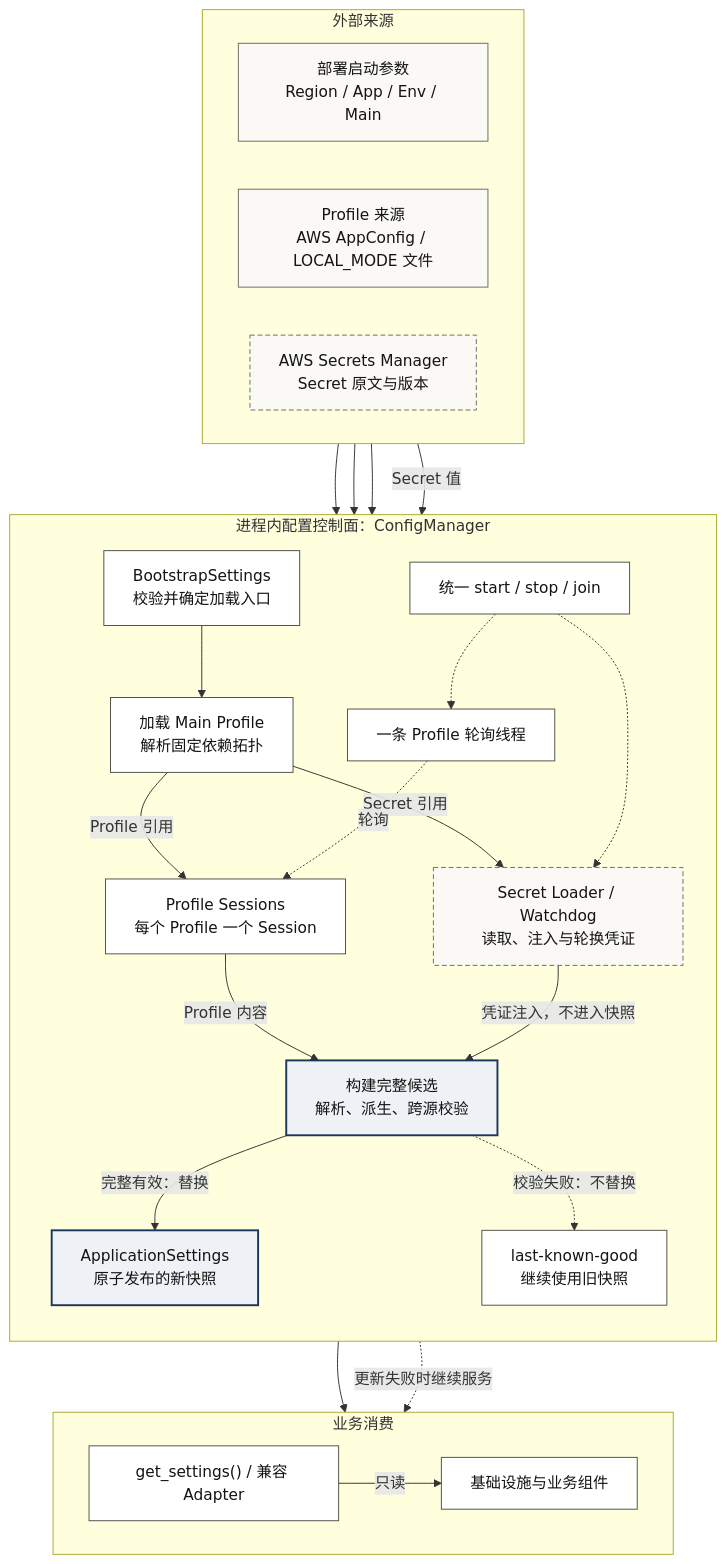
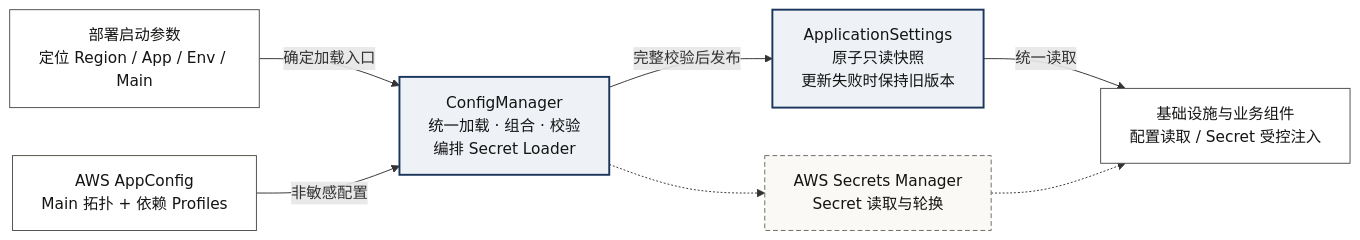
One commit to pillarliang/study-notes changed the diagram in SE/技术架构/AWS AppConfig 多 Profile 统一配置加载架构.md. Above: the diagram before and after it, drawn with Mermaid. The commit also changed other lines of this file, not shown here.

First line of the commit message:
Refactor AWS AppConfig documentation and update flowchart

````diff
--- a/SE/技术架构/AWS AppConfig 多 Profile 统一配置加载架构.md
+++ b/SE/技术架构/AWS AppConfig 多 Profile 统一配置加载架构.md
@@ -15,57 +15,25 @@
 ```mermaid
-flowchart TB
-    subgraph Sources["外部来源"]
-        direction LR
-        Deploy["部署启动参数<br/>Region / App / Env / Main"]
-        Profiles["Profile 来源<br/>AWS AppConfig / LOCAL_MODE 文件"]
-        Secrets["AWS Secrets Manager<br/>Secret 原文与版本"]
-    end
+flowchart LR
+    Deploy["部署启动参数<br/>定位 Region / App / Env / Main"]
+    AppConfig["AWS AppConfig<br/>Main 拓扑 + 依赖 Profiles"]
+    Manager["ConfigManager<br/>统一加载 · 组合 · 校验<br/>编排 Secret Loader"]
+    Snapshot["ApplicationSettings<br/>原子只读快照<br/>更新失败时保持旧版本"]
+    Secrets["AWS Secrets Manager<br/>Secret 读取与轮换"]
+    Business["基础设施与业务组件<br/>配置读取 / Secret 受控注入"]
 
-    subgraph Control["进程内配置控制面：ConfigManager"]
-        direction TB
-        Bootstrap["BootstrapSettings<br/>校验并确定加载入口"]
-        Topology["加载 Main Profile<br/>解析固定依赖拓扑"]
-        Sessions["Profile Sessions<br/>每个 Profile 一个 Session"]
-        SecretLoader["Secret Loader / Watchdog<br/>读取、注入与轮换凭证"]
-        Candidate["构建完整候选<br/>解析、派生、跨源校验"]
-        Snapshot["ApplicationSettings<br/>原子发布的新快照"]
-        LKG["last-known-good<br/>继续使用旧快照"]
-        Poller["一条 Profile 轮询线程"]
-        Lifecycle["统一 start / stop / join"]
+    Deploy -->|确定加载入口| Manager
+    AppConfig -->|非敏感配置| Manager
+    Manager -->|完整校验后发布| Snapshot
+    Snapshot -->|统一读取| Business
 
-        Bootstrap --> Topology
-        Topology -->|Profile 引用| Sessions
-        Topology -->|Secret 引用| SecretLoader
-        Sessions -->|Profile 内容| Candidate
-        SecretLoader -->|凭证注入，不进入快照| Candidate
-        Candidate -->|完整有效：替换| Snapshot
-        Candidate -.->|校验失败：不替换| LKG
-        Poller -.->|轮询| Sessions
-        Lifecycle -.-> Poller
-        Lifecycle -.-> SecretLoader
-    end
+    Manager -.-> Secrets
+    Secrets -.-> Business
 
-    subgraph Consumption["业务消费"]
-        direction LR
-        Read["get_settings() / 兼容 Adapter"]
-        Business["基础设施与业务组件"]
-        Read -->|只读| Business
-    end
-
-    Deploy --> Bootstrap
-    Profiles --> Topology
-    Profiles --> Sessions
-    Secrets -->|Secret 值| SecretLoader
-    Snapshot --> Read
-    LKG -.->|更新失败时继续服务| Read
-
-    classDef external fill:#faf9f5,stroke:#6b6a64,color:#141413;
     classDef normal fill:#ffffff,stroke:#504e49,color:#141413;
     classDef focal fill:#EEF2F7,stroke:#1B365D,color:#141413,stroke-width:2px;
     classDef secret fill:#faf9f5,stroke:#6b6a64,color:#141413,stroke-dasharray:5 3;
 
-    class Deploy,Profiles external;
-    class Secrets,SecretLoader secret;
-    class Bootstrap,Topology,Sessions,LKG,Poller,Lifecycle,Read,Business normal;
-    class Candidate,Snapshot focal;
+    class Deploy,AppConfig,Business normal;
+    class Manager,Snapshot focal;
+    class Secrets secret;
 ```
````
